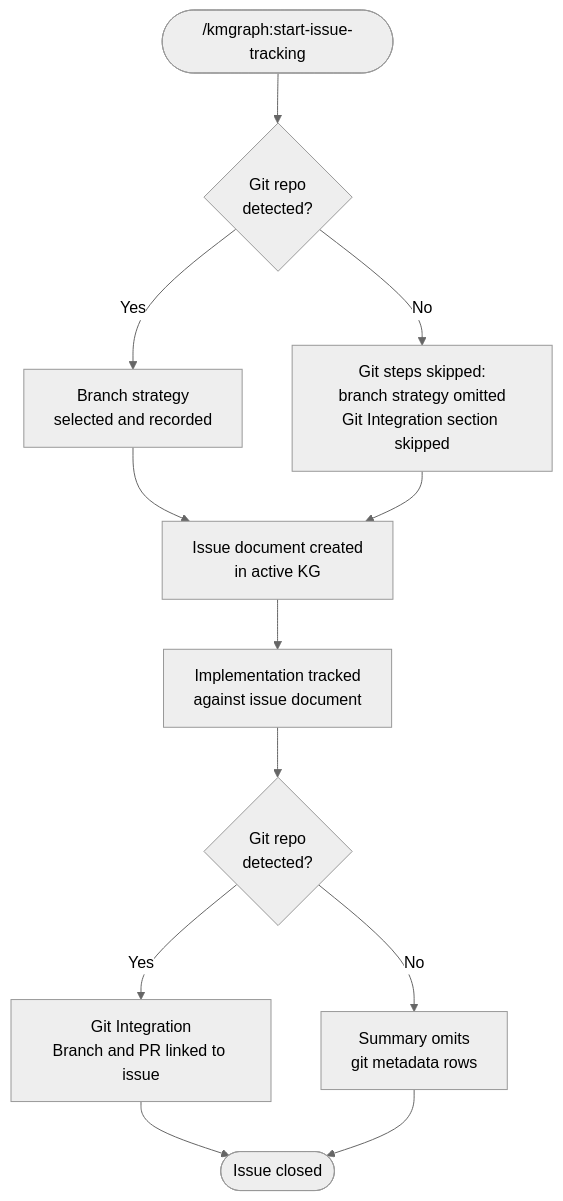
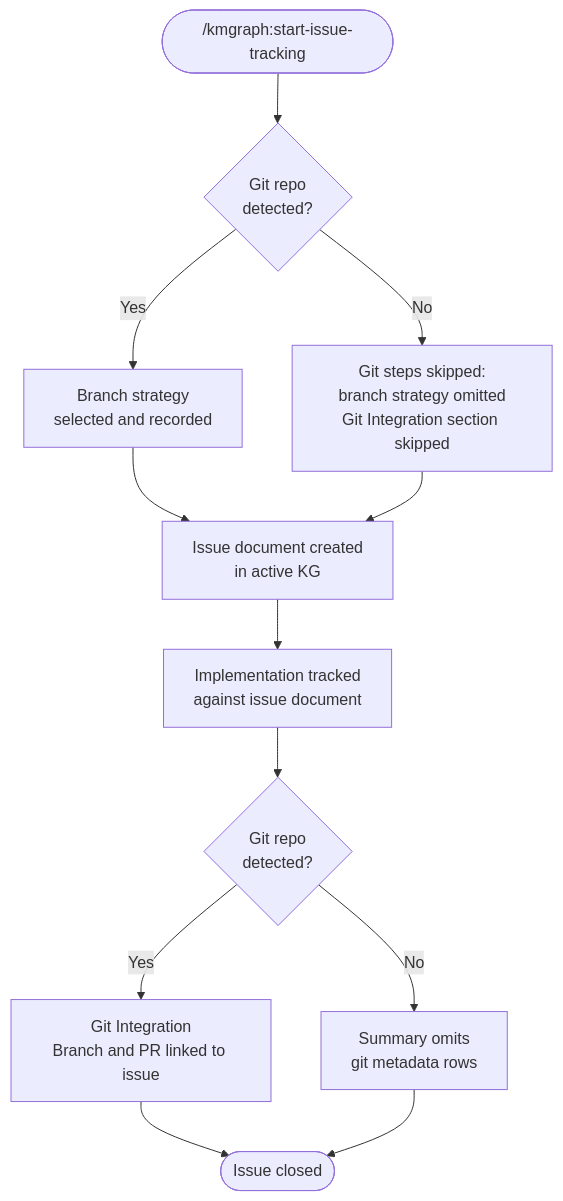
The diagram in docs/TRACK-ISSUES.md (technomensch/knowledge-graph), drawn with Mermaid before and after one commit. The commit also changed 30 other files, not shown here.

````diff
--- a/docs/TRACK-ISSUES.md
+++ b/docs/TRACK-ISSUES.md
@@ -13,18 +13,15 @@
 ```mermaid
-%%{init: { 'flowchart': { 'useMaxWidth': true }, 'theme': 'neutral' }}%%
 flowchart TD
     A([/kmgraph:start-issue-tracking]) --> B{Git repo\ndetected?}
     B -- Yes --> C[Branch strategy\nselected and recorded]
     B -- No --> D[Git steps skipped:\nbranch strategy omitted\nGit Integration section skipped]
     C --> E[Issue document created\nin active KG]
     D --> E
     E --> F[Implementation tracked\nagainst issue document]
     F --> G{Git repo\ndetected?}
     G -- Yes --> H[Git Integration\nBranch and PR linked to issue]
     G -- No --> I[Summary omits\ngit metadata rows]
     H --> J([Issue closed])
     I --> J
 
-    accTitle: Issue tracking process with git presence gate
-    accDescr: Flowchart showing start-issue-tracking command flow, git presence gate at Step 1.0, issue document creation, implementation tracking, and conditional git integration or omission steps at completion.
 ```
````
